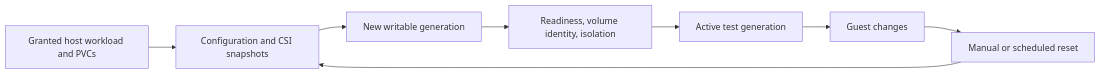
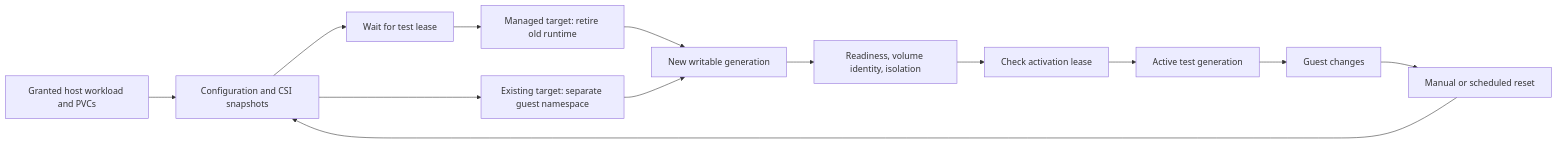
The diagram in docs/guides/mirrors.md (nimeshbuilds/cluster-replica), drawn with Mermaid before and after one commit. The commit also changed other lines of this file and 15 other files, not shown here.

Commit message:
Serialize managed resets within the upstream vCluster namespace limit

````diff
--- a/docs/guides/mirrors.md
+++ b/docs/guides/mirrors.md
@@ -9,10 +9,15 @@
 ```mermaid
 flowchart LR
   Source[Granted host workload and PVCs] --> Capture[Configuration and CSI snapshots]
-  Capture --> Candidate[New writable generation]
+  Capture --> Lease[Wait for test lease]
+  Lease --> Replace[Managed target: retire old runtime]
+  Replace --> Candidate[New writable generation]
+  Capture --> Existing[Existing target: separate guest namespace]
+  Existing --> Candidate
   Candidate --> Checks[Readiness, volume identity, isolation]
-  Checks --> Active[Active test generation]
+  Checks --> ActivationLease[Check activation lease]
+  ActivationLease --> Active[Active test generation]
   Active --> Experiments[Guest changes]
   Experiments --> Reset[Manual or scheduled reset]
   Reset --> Capture
 ```
````
